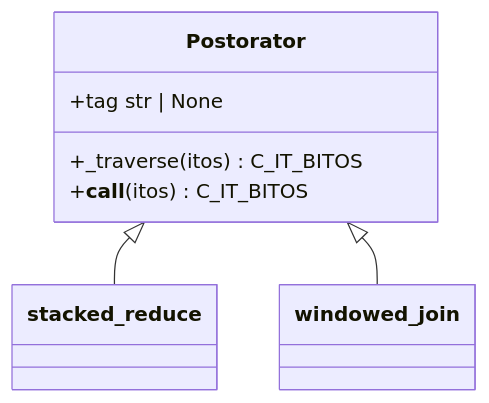
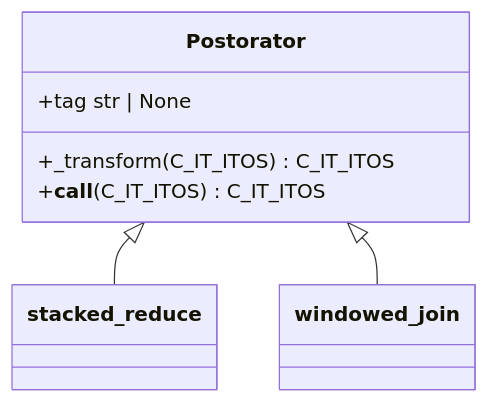
Before and after one commit to rlayers/pawpaw: diagram 12 of 12 in docs/4. Arborform.md, drawn with Mermaid. The commit also changed other lines of this file, not shown here.

Commit message:
Wordsmithing

````diff
--- a/docs/4. Arborform.md
+++ b/docs/4. Arborform.md
@@ -608,11 +608,11 @@
 ```mermaid
 classDiagram
   class Postorator{
     +tag str | None
-    +_traverse(itos) C_IT_BITOS
-    +__call__(itos) C_IT_BITOS
+    +_transform(C_IT_ITOS) C_IT_ITOS
+    +__call__(C_IT_ITOS) C_IT_ITOS
   }
 
   Postorator <|-- stacked_reduce
   Postorator <|-- windowed_join
 ```
````
